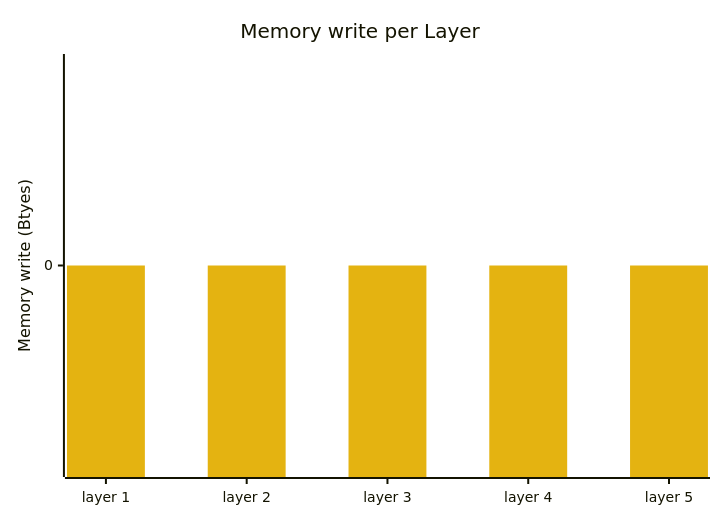
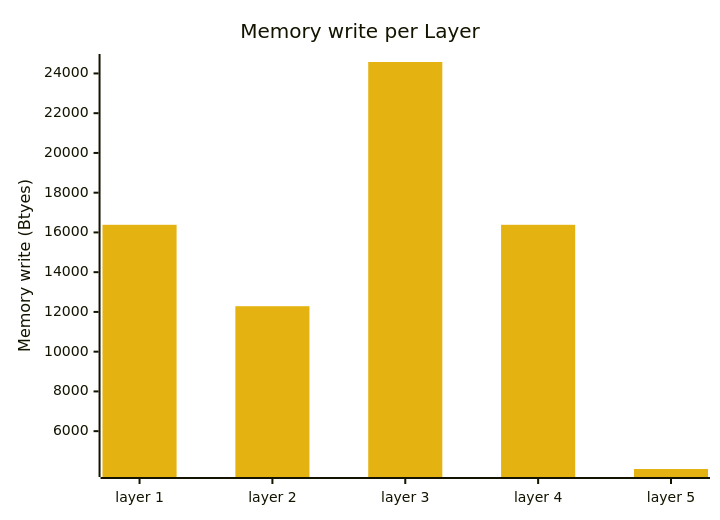
The third of 3 diagrams in lab5/report.md (Jackiempty/AoC_Lab), drawn with Mermaid before and after one commit. The commit also changed other lines of this file and 5 other files, not shown here.

````diff
--- a/lab5/report.md
+++ b/lab5/report.md
@@ -75,14 +98,14 @@
     ```mermaid
     %%{init: {
     "themeVariables": {
         "xyChart": {
         "plotColorPalette": "#e4b311"
         }
     }
     }}%%
     xychart-beta
         title "Memory write per Layer"
         x-axis ["layer 1", "layer 2", "layer 3", "layer 4", "layer 5"]
         y-axis "Memory write (Btyes)"
-        bar [0, 0, 0, 0, 0]
+        bar [16384, 12288, 24576, 16384, 4096]
     ```
````
